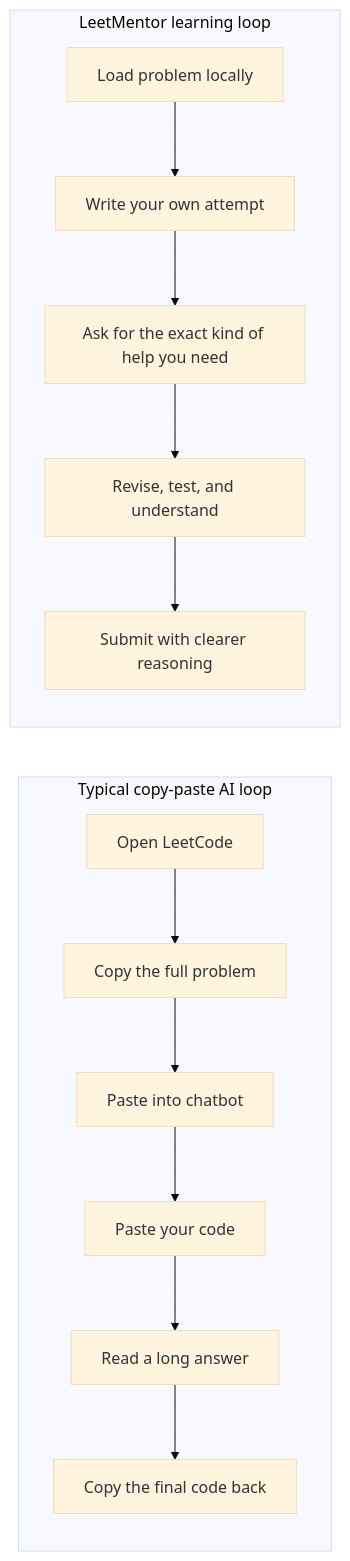
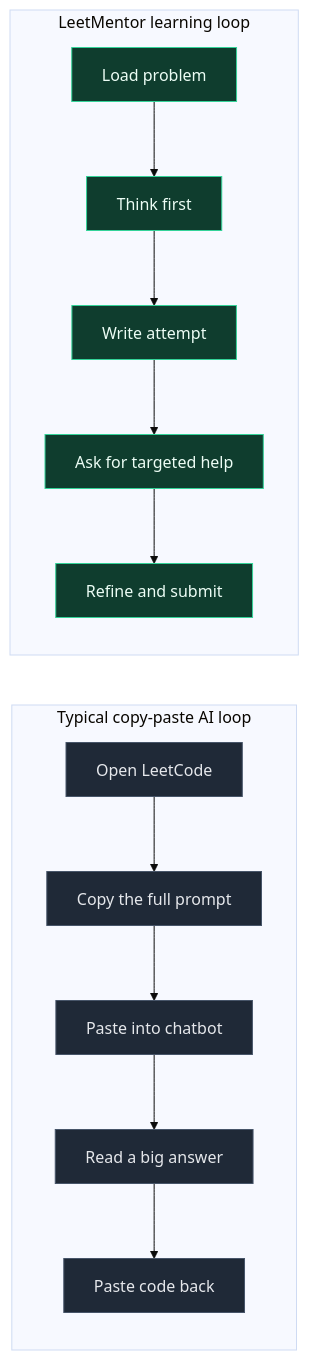
The first of 8 diagrams in README.md (Harshpreet1729/LeetMentor), drawn with Mermaid (base theme) before and after one commit. The commit also changed other lines of this file, not shown here.

Commit message:
Redesign README with architecture diagrams

````diff
--- a/README.md
+++ b/README.md
@@ -52,21 +44,25 @@
 ```mermaid
 flowchart LR
-    subgraph A["Typical copy-paste AI loop"]
+    subgraph Old["Typical copy-paste AI loop"]
         A1["Open LeetCode"]
-        A2["Copy the full problem"]
+        A2["Copy the full prompt"]
         A3["Paste into chatbot"]
-        A4["Paste your code"]
-        A5["Read a long answer"]
-        A6["Copy the final code back"]
-        A1 --> A2 --> A3 --> A4 --> A5 --> A6
+        A4["Read a big answer"]
+        A5["Paste code back"]
+        A1 --> A2 --> A3 --> A4 --> A5
     end
 
-    subgraph B["LeetMentor learning loop"]
-        B1["Load problem locally"]
-        B2["Write your own attempt"]
-        B3["Ask for the exact kind of help you need"]
-        B4["Revise, test, and understand"]
-        B5["Submit with clearer reasoning"]
+    subgraph New["LeetMentor learning loop"]
+        B1["Load problem"]
+        B2["Think first"]
+        B3["Write attempt"]
+        B4["Ask for targeted help"]
+        B5["Refine and submit"]
         B1 --> B2 --> B3 --> B4 --> B5
     end
+
+    classDef old fill:#1f2937,stroke:#475569,color:#e5e7eb,stroke-width:1px;
+    classDef mentor fill:#0f3d2e,stroke:#34d399,color:#ecfdf5,stroke-width:1px;
+    class A1,A2,A3,A4,A5 old;
+    class B1,B2,B3,B4,B5 mentor;
 ```
````
